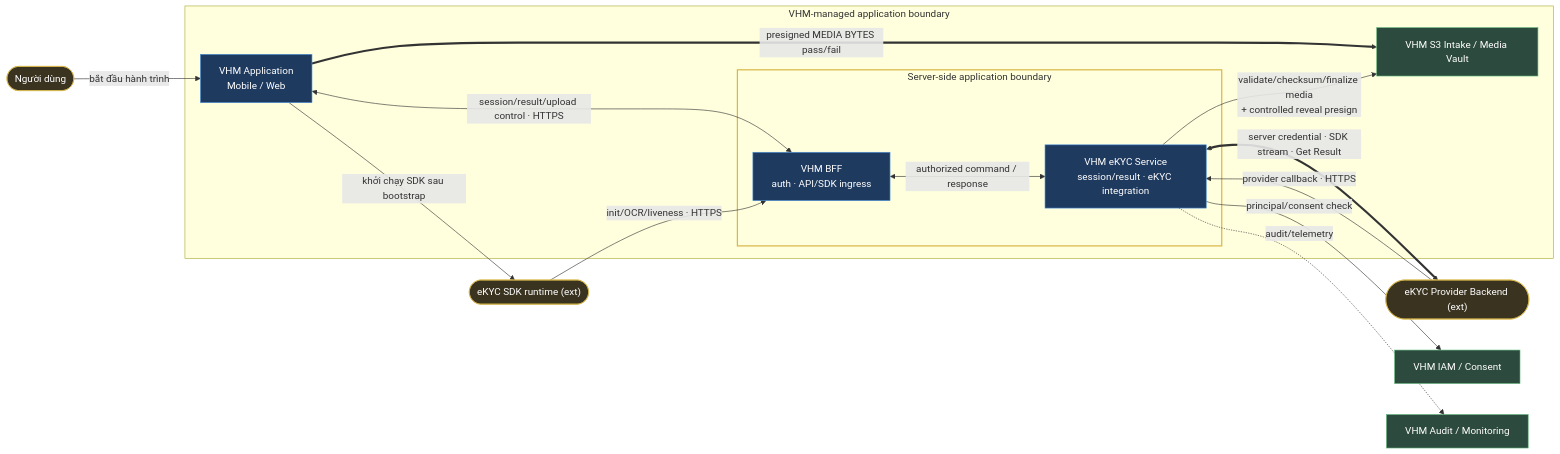
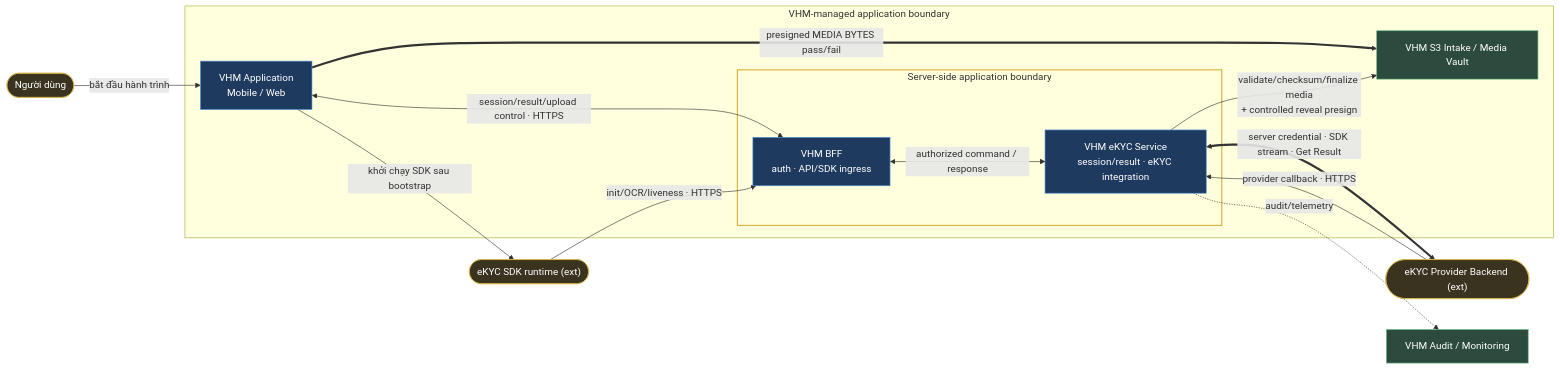
The second of 19 diagrams in tdd2.md (huynv-xyz/vhm), drawn with Mermaid before and after one commit. The commit also changed other lines of this file, not shown here.

````diff
--- a/tdd2.md
+++ b/tdd2.md
@@ -410,34 +407,32 @@
 ```mermaid
 flowchart LR
     USER(["Người dùng"]):::entity
     SDK(["eKYC SDK runtime (ext)"]):::entity
     BACKEND(["eKYC Provider Backend (ext)"]):::entity
-    IAM["VHM IAM / Consent"]:::owned
     OBS["VHM Audit / Monitoring"]:::owned
 
     subgraph SYS["VHM-managed application boundary"]
         APP["VHM Application<br/>Mobile / Web"]:::bc
         S3["VHM S3 Intake / Media Vault"]:::owned
         subgraph VHMBE["Server-side application boundary"]
             BFF["VHM BFF<br/>auth · API/SDK ingress"]:::bc
             EKYC_SERVICE["VHM eKYC Service<br/>session/result · eKYC integration"]:::bc
         end
     end
 
     USER -->|bắt đầu hành trình| APP
     APP <-->|session/result/upload control · HTTPS| BFF
     APP -->|khởi chạy SDK sau bootstrap| SDK
     SDK -->|init/OCR/liveness · HTTPS| BFF
     BFF <-->|authorized command / response| EKYC_SERVICE
     APP ==>|presigned MEDIA BYTES pass/fail| S3
     EKYC_SERVICE <==>|server credential · SDK stream · Get Result| BACKEND
     BACKEND -->|provider callback · HTTPS| EKYC_SERVICE
-    EKYC_SERVICE -->|principal/consent check| IAM
     EKYC_SERVICE -->|validate/checksum/finalize media<br/>+ controlled reveal presign| S3
     EKYC_SERVICE -.->|audit/telemetry| OBS
 
     classDef bc fill:#1f3a5f,stroke:#4a90d9,color:#fff;
     classDef owned fill:#2d4a3e,stroke:#5fb37a,color:#fff;
     classDef entity fill:#3a3320,stroke:#d9b84a,color:#fff;
     style VHMBE stroke:#d9b84a,stroke-width:2px
 ```
````
